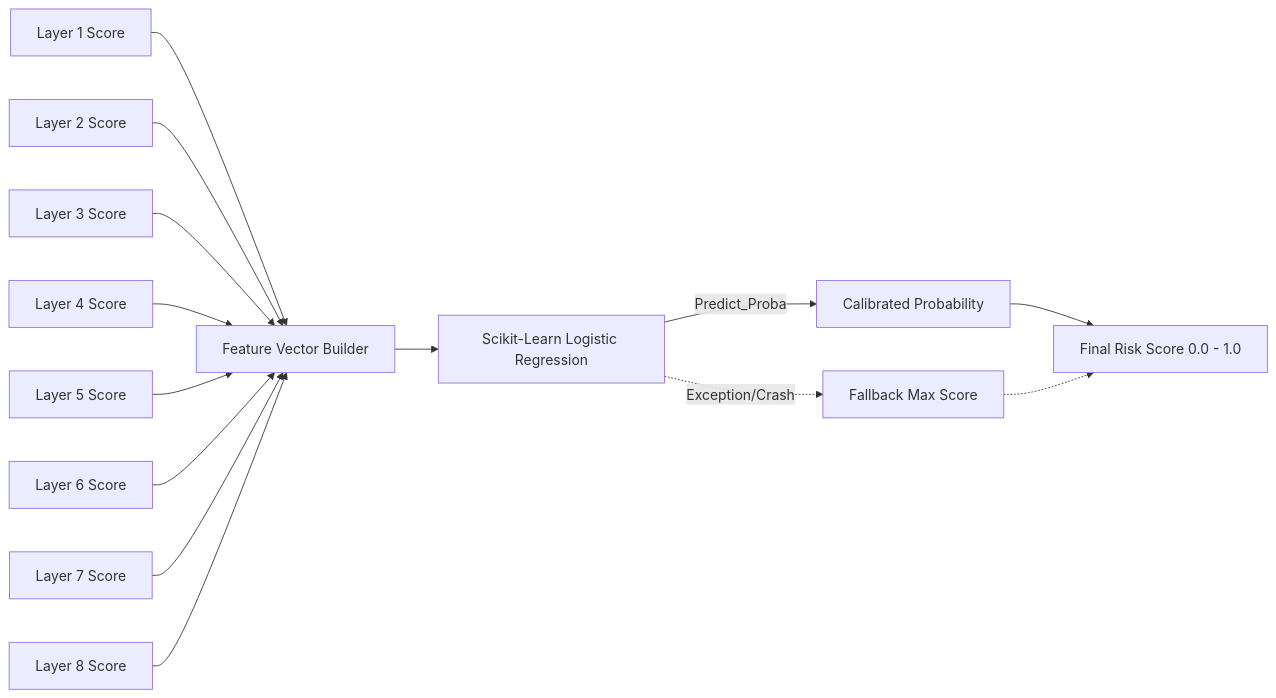
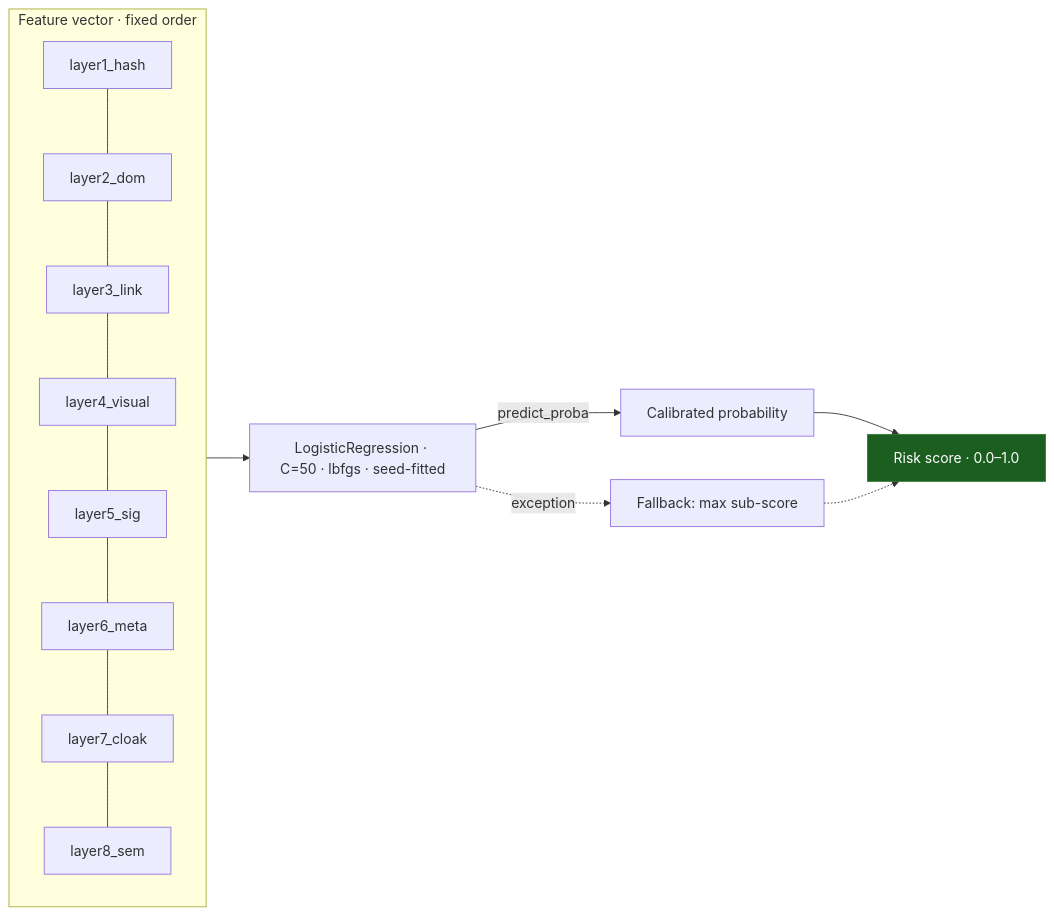
The diagram in docs/layers/9-risk-fusion.mdx (Ns81000/WARDRESS), drawn with Mermaid before and after one commit. The commit also changed other lines of this file and 20 other files, not shown here.

Commit message:
docs: initialize project documentation suite with architectural overviews, detection layer details, and frontend workbench guides

````diff
--- a/docs/layers/9-risk-fusion.mdx
+++ b/docs/layers/9-risk-fusion.mdx
@@ -12,18 +15,21 @@
 ```mermaid
-graph LR
-    L1[Layer 1 Score] --> VEC[Feature Vector Builder]
-    L2[Layer 2 Score] --> VEC
-    L3[Layer 3 Score] --> VEC
-    L4[Layer 4 Score] --> VEC
-    L5[Layer 5 Score] --> VEC
-    L6[Layer 6 Score] --> VEC
-    L7[Layer 7 Score] --> VEC
-    L8[Layer 8 Score] --> VEC
-    
-    VEC --> MODEL[Scikit-Learn Logistic Regression]
-    MODEL --> |Predict_Proba| PROB[Calibrated Probability]
-    PROB --> OUT[Final Risk Score 0.0 - 1.0]
-    
-    MODEL -.-> |Exception/Crash| MAX[Fallback Max Score]
+flowchart LR
+    subgraph V[Feature vector · fixed order]
+      direction TB
+      L1[layer1_hash] --- L2[layer2_dom]
+      L2 --- L3[layer3_link]
+      L3 --- L4[layer4_visual]
+      L4 --- L5[layer5_sig]
+      L5 --- L6[layer6_meta]
+      L6 --- L7[layer7_cloak]
+      L7 --- L8[layer8_sem]
+    end
+    V --> MODEL["LogisticRegression · C=50 · lbfgs · seed-fitted"]
+    MODEL -->|predict_proba| PROB[Calibrated probability]
+    PROB --> OUT[Risk score · 0.0–1.0]
+    MODEL -.->|exception| MAX["Fallback: max sub-score"]
     MAX -.-> OUT
+
+    classDef out fill:#1b5e20,stroke:#2e7d32,color:#fff;
+    class OUT out;
 ```
````
